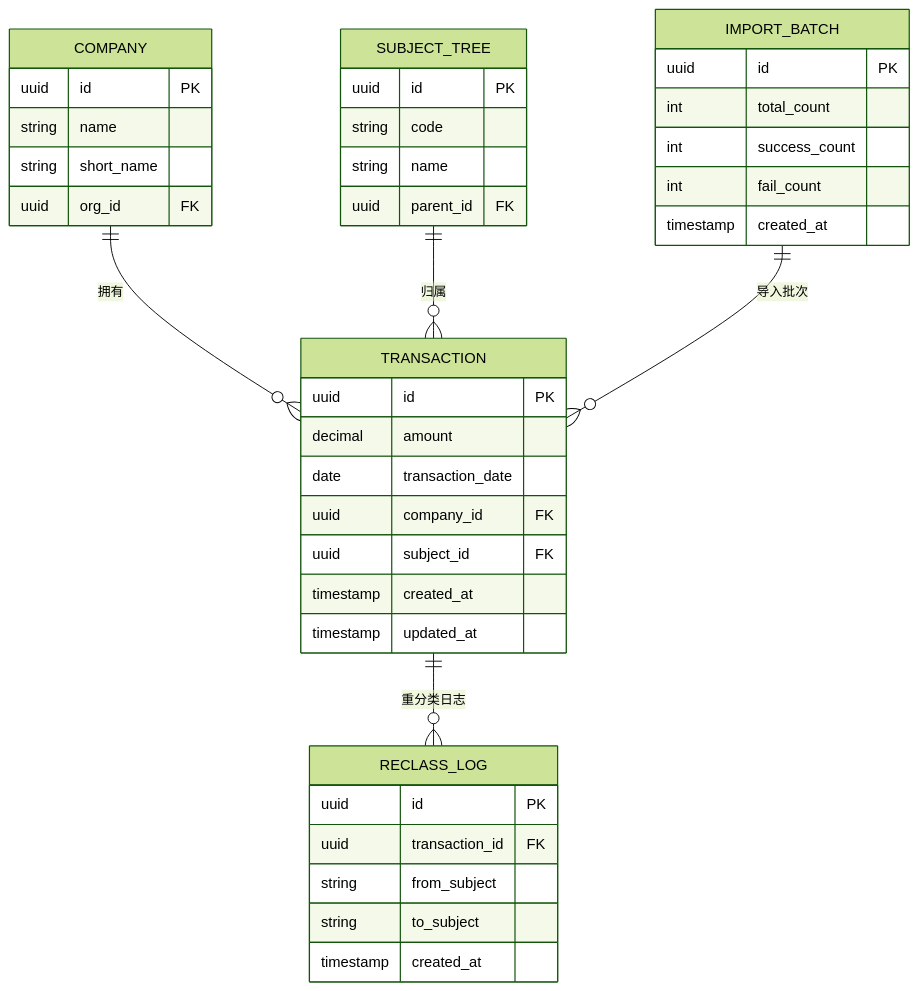
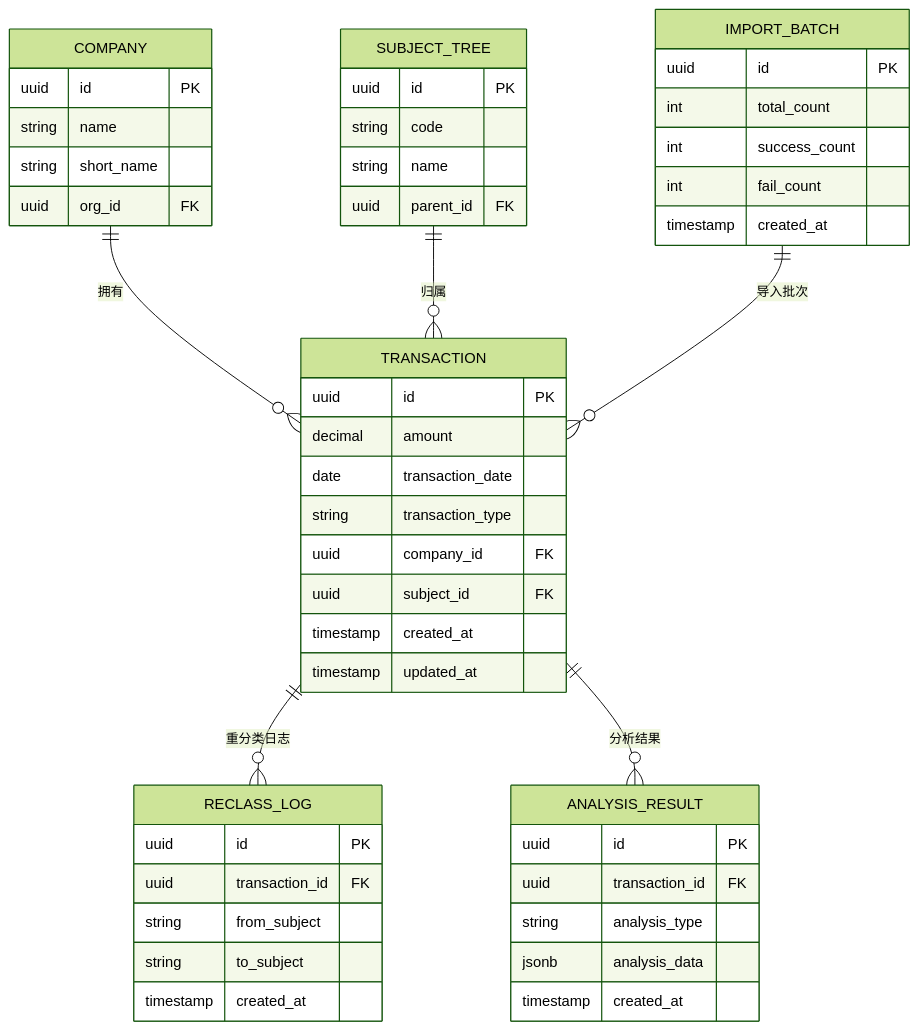
Before and after one commit to Damao997/newproject: the ninth of 10 diagrams in .qoder/repowiki/zh/content/核心模块/交易分析模块.md, drawn with Mermaid (forest theme). The commit also changed other lines of this file and 26 other files, not shown here.

````diff
--- a/.qoder/repowiki/zh/content/核心模块/交易分析模块.md
+++ b/.qoder/repowiki/zh/content/核心模块/交易分析模块.md
@@ -288,42 +428,51 @@
 ```mermaid
 erDiagram
 TRANSACTION {
 uuid id PK
 decimal amount
 date transaction_date
+string transaction_type
 uuid company_id FK
 uuid subject_id FK
 timestamp created_at
 timestamp updated_at
 }
 COMPANY {
 uuid id PK
 string name
 string short_name
 uuid org_id FK
 }
 SUBJECT_TREE {
 uuid id PK
 string code
 string name
 uuid parent_id FK
 }
 IMPORT_BATCH {
 uuid id PK
 int total_count
 int success_count
 int fail_count
 timestamp created_at
 }
 RECLASS_LOG {
 uuid id PK
 uuid transaction_id FK
 string from_subject
 string to_subject
 timestamp created_at
 }
+ANALYSIS_RESULT {
+uuid id PK
+uuid transaction_id FK
+string analysis_type
+jsonb analysis_data
+timestamp created_at
+}
 COMPANY ||--o{ TRANSACTION : "拥有"
 SUBJECT_TREE ||--o{ TRANSACTION : "归属"
 IMPORT_BATCH ||--o{ TRANSACTION : "导入批次"
 TRANSACTION ||--o{ RECLASS_LOG : "重分类日志"
+TRANSACTION ||--o{ ANALYSIS_RESULT : "分析结果"
 ```
````
